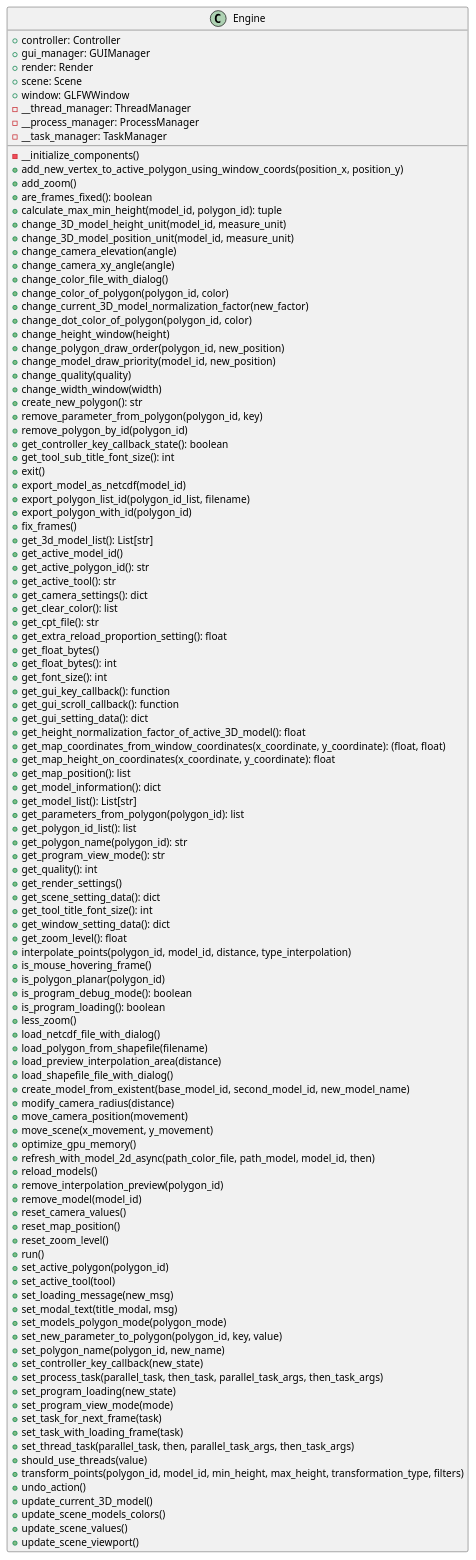
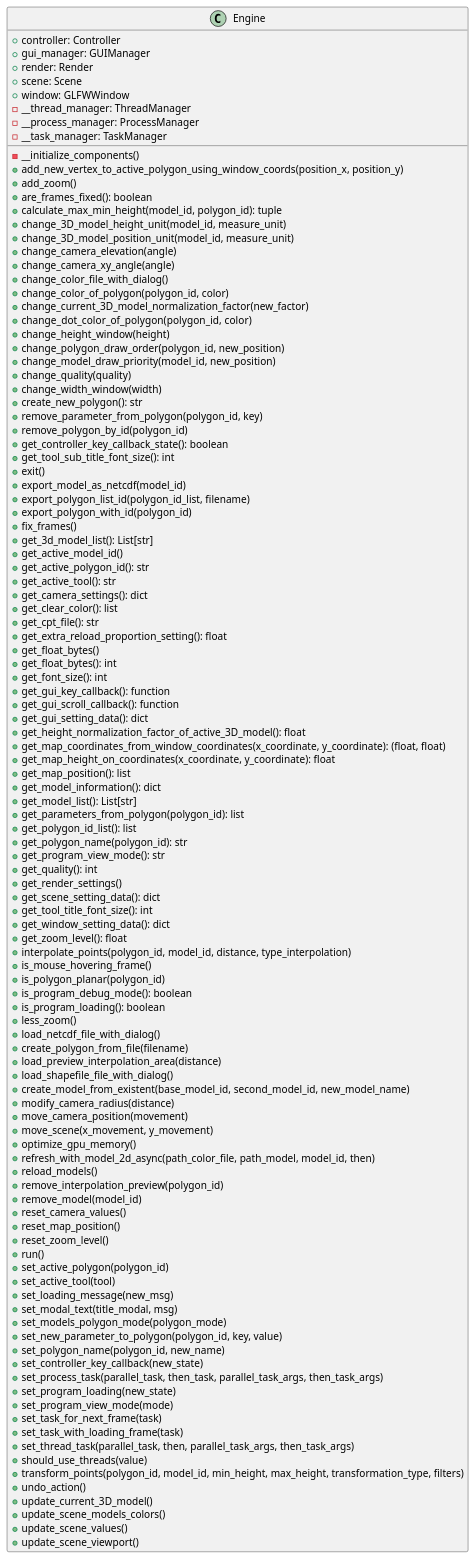
One commit to ferpoble2/Relief_Creator changed the diagram in docs/classes/Engine.puml. Above: the diagram before and after it, drawn with PlantUML. The commit also changed 6 other files, not shown here.

```diff
--- a/docs/classes/Engine.puml
+++ b/docs/classes/Engine.puml
@@ -1,116 +1,116 @@
 @startuml
 class Engine {
     + controller: Controller
     + gui_manager: GUIManager
     + render: Render
     + scene: Scene
     + window: GLFWWindow
     - __thread_manager: ThreadManager
     - __process_manager: ProcessManager
     - __task_manager: TaskManager
 
     - __initialize_components()
     + add_new_vertex_to_active_polygon_using_window_coords(position_x, position_y)
     + add_zoom()
     + are_frames_fixed(): boolean
     + calculate_max_min_height(model_id, polygon_id): tuple
     + change_3D_model_height_unit(model_id, measure_unit)
     + change_3D_model_position_unit(model_id, measure_unit)
     + change_camera_elevation(angle)
     + change_camera_xy_angle(angle)
     + change_color_file_with_dialog()
     + change_color_of_polygon(polygon_id, color)
     + change_current_3D_model_normalization_factor(new_factor)
     + change_dot_color_of_polygon(polygon_id,  color)
     + change_height_window(height)
     + change_polygon_draw_order(polygon_id, new_position)
     + change_model_draw_priority(model_id, new_position)
     + change_quality(quality)
     + change_width_window(width)
     + create_new_polygon(): str
     + remove_parameter_from_polygon(polygon_id, key)
     + remove_polygon_by_id(polygon_id)
     + get_controller_key_callback_state(): boolean
     + get_tool_sub_title_font_size(): int
     + exit()
     + export_model_as_netcdf(model_id)
     + export_polygon_list_id(polygon_id_list, filename)
     + export_polygon_with_id(polygon_id)
     + fix_frames()
     + get_3d_model_list(): List[str]
     + get_active_model_id()
     + get_active_polygon_id(): str
     + get_active_tool(): str
     + get_camera_settings(): dict
     + get_clear_color(): list
     + get_cpt_file(): str
     + get_extra_reload_proportion_setting(): float
     + get_float_bytes()
     + get_float_bytes(): int
     + get_font_size(): int
     + get_gui_key_callback(): function
     + get_gui_scroll_callback(): function
     + get_gui_setting_data(): dict
     + get_height_normalization_factor_of_active_3D_model(): float
     + get_map_coordinates_from_window_coordinates(x_coordinate, y_coordinate): (float, float)
     + get_map_height_on_coordinates(x_coordinate, y_coordinate): float
     + get_map_position(): list
     + get_model_information(): dict
     + get_model_list(): List[str]
     + get_parameters_from_polygon(polygon_id): list
     + get_polygon_id_list(): list
     + get_polygon_name(polygon_id): str
     + get_program_view_mode(): str
     + get_quality(): int
     + get_render_settings()
     + get_scene_setting_data(): dict
     + get_tool_title_font_size(): int
     + get_window_setting_data(): dict
     + get_zoom_level(): float
     + interpolate_points(polygon_id, model_id, distance, type_interpolation)
     + is_mouse_hovering_frame()
     + is_polygon_planar(polygon_id)
     + is_program_debug_mode(): boolean
     + is_program_loading(): boolean
     + less_zoom()
     + load_netcdf_file_with_dialog()
-    + load_polygon_from_shapefile(filename)
+    + create_polygon_from_file(filename)
     + load_preview_interpolation_area(distance)
     + load_shapefile_file_with_dialog()
     + create_model_from_existent(base_model_id, second_model_id, new_model_name)
     + modify_camera_radius(distance)
     + move_camera_position(movement)
     + move_scene(x_movement, y_movement)
     + optimize_gpu_memory()
     + refresh_with_model_2d_async(path_color_file, path_model, model_id, then)
     + reload_models()
     + remove_interpolation_preview(polygon_id)
     + remove_model(model_id)
     + reset_camera_values()
     + reset_map_position()
     + reset_zoom_level()
     + run()
     + set_active_polygon(polygon_id)
     + set_active_tool(tool)
     + set_loading_message(new_msg)
     + set_modal_text(title_modal, msg)
     + set_models_polygon_mode(polygon_mode)
     + set_new_parameter_to_polygon(polygon_id, key, value)
     + set_polygon_name(polygon_id, new_name)
     + set_controller_key_callback(new_state)
     + set_process_task(parallel_task, then_task, parallel_task_args, then_task_args)
     + set_program_loading(new_state)
     + set_program_view_mode(mode)
     + set_task_for_next_frame(task)
     + set_task_with_loading_frame(task)
     + set_thread_task(parallel_task, then, parallel_task_args, then_task_args)
     + should_use_threads(value)
     + transform_points(polygon_id, model_id, min_height, max_height, transformation_type, filters)
     + undo_action()
     + update_current_3D_model()
     + update_scene_models_colors()
     + update_scene_values()
     + update_scene_viewport()
 }
 
 @enduml
```
